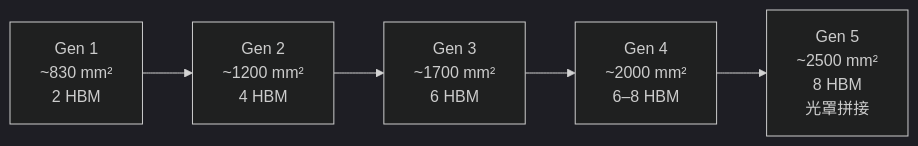
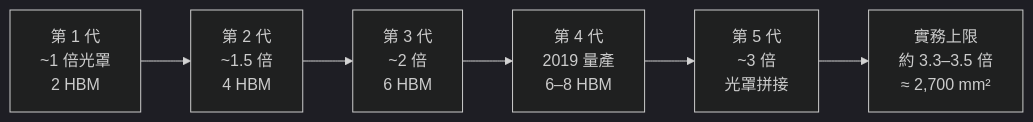
One commit to wizardhsiehcom/book changed the diagram in docs/cowos/05-cowos-s.md. Above: the diagram before and after it, drawn with Mermaid (dark theme). The commit also changed other lines of this file and 33 other files, not shown here.

````diff
--- a/docs/cowos/05-cowos-s.md
+++ b/docs/cowos/05-cowos-s.md
@@ -9,7 +11,8 @@
 ```mermaid
 graph LR
-    G1["Gen 1<br/>~830 mm²<br/>2 HBM"] --> G2["Gen 2<br/>~1200 mm²<br/>4 HBM"]
-    G2 --> G3["Gen 3<br/>~1700 mm²<br/>6 HBM"]
-    G3 --> G4["Gen 4<br/>~2000 mm²<br/>6–8 HBM"]
-    G4 --> G5["Gen 5<br/>~2500 mm²<br/>8 HBM<br/>光罩拼接"]
+    G1["第 1 代<br/>~1 倍光罩<br/>2 HBM"] --> G2["第 2 代<br/>~1.5 倍<br/>4 HBM"]
+    G2 --> G3["第 3 代<br/>~2 倍<br/>6 HBM"]
+    G3 --> G4["第 4 代<br/>2019 量產<br/>6–8 HBM"]
+    G4 --> G5["第 5 代<br/>~3 倍<br/>光罩拼接"]
+    G5 --> G6["實務上限<br/>約 3.3–3.5 倍<br/>≈ 2,700 mm²"]
 ```
````
